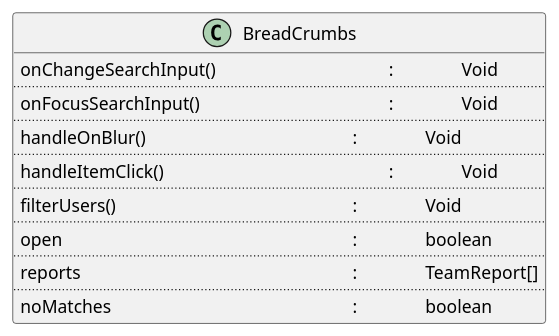
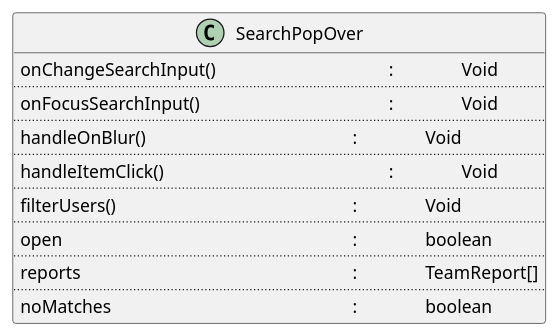
The diagram in frontend/components/search_pop_over/search_pop_over.class.puml (avasoft-mobility/workday-design), drawn with PlantUML before and after one commit. The commit also changed 2 other files, not shown here.

Commit message:
Completed Search pop over

```diff
--- a/frontend/components/search_pop_over/search_pop_over.class.puml
+++ b/frontend/components/search_pop_over/search_pop_over.class.puml
@@ -1,21 +1,21 @@
 @startuml search pop_over class diagram
 
-class BreadCrumbs {
+class SearchPopOver {
   onChangeSearchInput() \t\t\t\t\t : \t\t Void
   ..
   onFocusSearchInput() \t\t\t\t\t : \t\t Void
   ..
   handleOnBlur() \t\t\t\t\t\t : \t\t Void
   ..
   handleItemClick() \t\t\t\t\t\t : \t\t Void
   ..
   filterUsers() \t\t\t\t\t\t\t : \t\t Void
   ..
   open \t\t\t\t\t\t\t\t : \t\t boolean
   ..
   reports \t\t\t\t\t\t\t\t : \t\t TeamReport[]
   ..
   noMatches \t\t\t\t\t\t\t : \t\t boolean
 }
 
 @enduml
```
